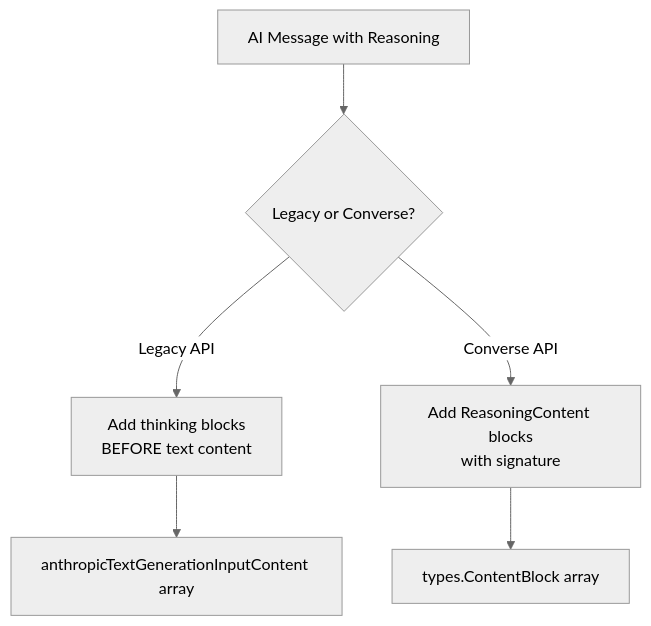
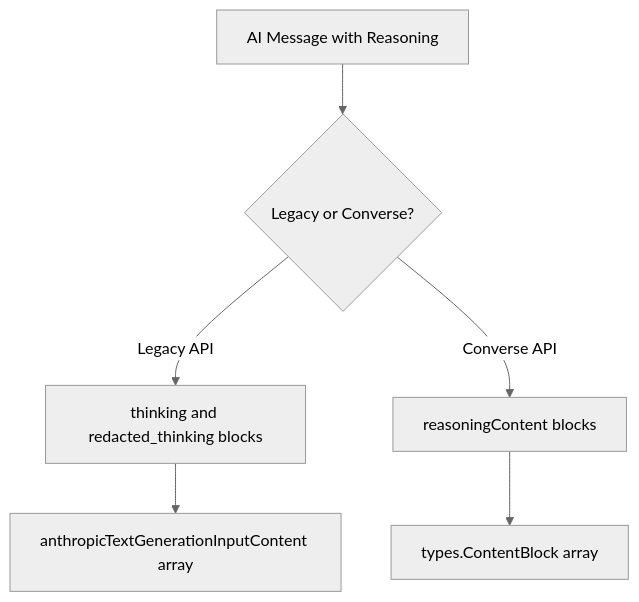
Before and after one commit to vxcontrol/langchaingo: the fourth of 5 diagrams in llms/bedrock/README.md, drawn with Mermaid (neutral theme). The commit also changed other lines of this file, not shown here.

First line of the commit message:
docs(bedrock): describe how reasoning blocks keep their signatures and places

````diff
--- a/llms/bedrock/README.md
+++ b/llms/bedrock/README.md
@@ -271,8 +271,8 @@
 ```mermaid
 flowchart TB
     A[AI Message with Reasoning] --> B{Legacy or Converse?}
-    B -->|Legacy API| C[Add thinking blocks<br/>BEFORE text content]
-    B -->|Converse API| D[Add ReasoningContent blocks<br/>with signature]
+    B -->|Legacy API| C[thinking and redacted_thinking blocks]
+    B -->|Converse API| D[reasoningContent blocks]
     C --> E[anthropicTextGenerationInputContent array]
     D --> F[types.ContentBlock array]
 ```
````
